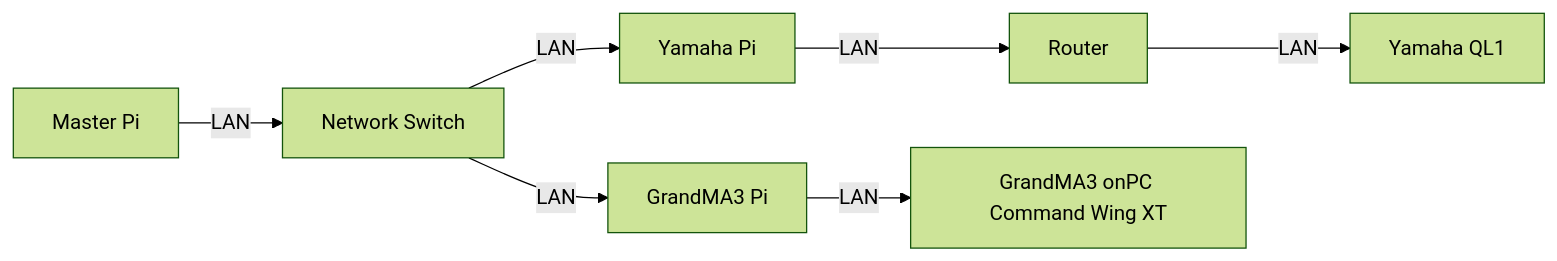
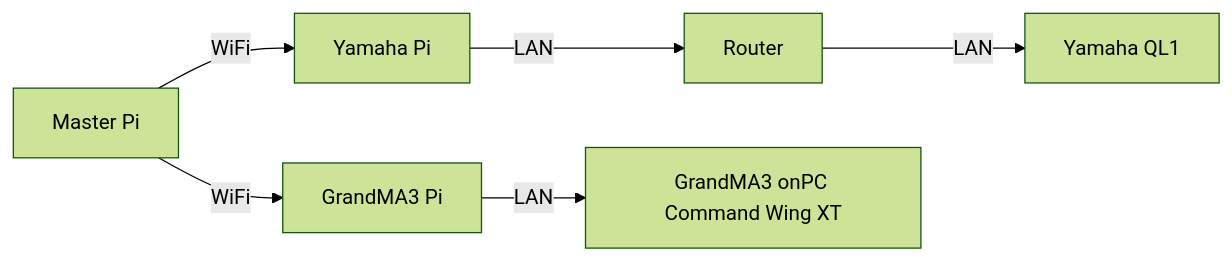
Before and after one commit to hugh-jessel/NYP-EGL314-MSP1: the diagram in Backlog1 Sprint1/B1S1.md, drawn with Mermaid (forest theme).

````diff
--- a/Backlog1 Sprint1/B1S1.md
+++ b/Backlog1 Sprint1/B1S1.md
@@ -20,10 +20,9 @@
 ```mermaid
 graph LR
-A[Master Pi] --LAN--> B[Network Switch]
-B --LAN--> C[Yamaha Pi]
-B --LAN--> D[GrandMA3 Pi]
+A[Master Pi] --WiFi--> C[Yamaha Pi]
+A --WiFi--> D[GrandMA3 Pi]
 C --LAN--> E[Router]
 E --LAN--> F[Yamaha QL1]
 D --LAN--> G[GrandMA3 onPC Command Wing XT]
 
 ```
````
